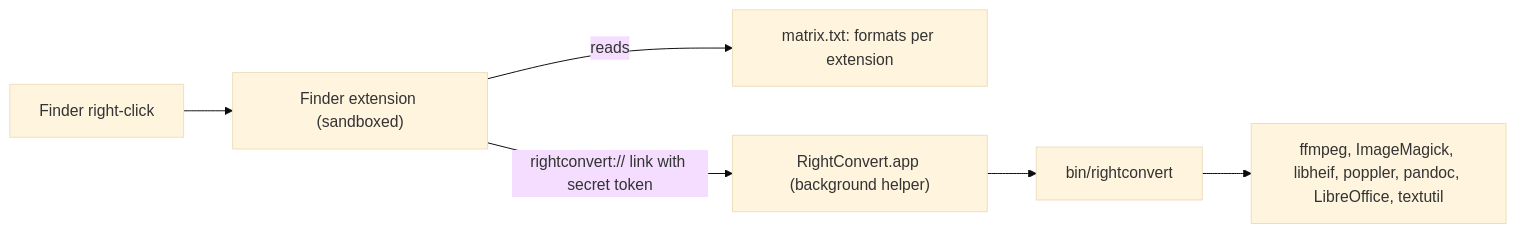
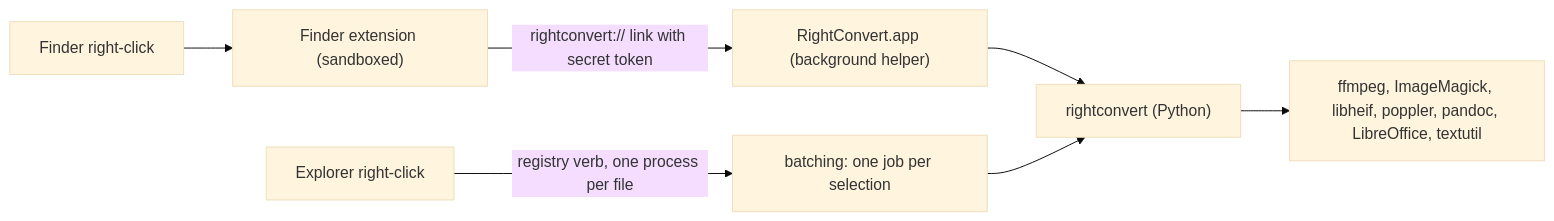
One commit to pelegino/rightconvert changed the diagram in README.md. Above: the diagram before and after it, drawn with Mermaid (base theme). The commit also changed other lines of this file and 30 other files, not shown here.

First line of the commit message:
Windows support: shared Python converter, Explorer Convert menu, winget installer

````diff
--- a/README.md
+++ b/README.md
@@ -99,8 +131,9 @@
 ```mermaid
 flowchart LR
     Finder["Finder right-click"] --> Ext["Finder extension (sandboxed)"]
-    Ext -->|"reads"| Matrix["matrix.txt: formats per extension"]
     Ext -->|"rightconvert:// link with secret token"| Host["RightConvert.app (background helper)"]
-    Host --> CLI["bin/rightconvert"]
-    CLI --> Engines["ffmpeg, ImageMagick, libheif, poppler, pandoc, LibreOffice, textutil"]
+    Explorer["Explorer right-click"] -->|"registry verb, one process per file"| Batch["batching: one job per selection"]
+    Host --> CLI["rightconvert (Python)"]
+    Batch --> CLI
+    CLI --> Tools["ffmpeg, ImageMagick, libheif, poppler, pandoc, LibreOffice, textutil"]
 ```
````
